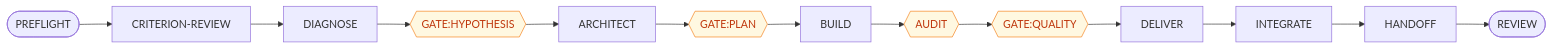
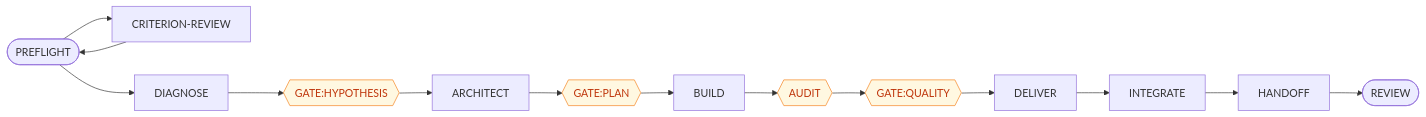
One commit to Munsik-Park/autoflow changed the diagram in README.md. Above: the diagram before and after it, drawn with Mermaid. The commit also changed other lines of this file and 4 other files, not shown here.

````diff
--- a/README.md
+++ b/README.md
@@ -51,18 +51,19 @@
 ```mermaid
 flowchart LR
     PRE([PREFLIGHT]) --> CRV[CRITERION-REVIEW]
-    CRV --> DIA[DIAGNOSE]
+    CRV --> PRE
+    PRE --> DIA[DIAGNOSE]
     DIA --> HYP{{GATE:HYPOTHESIS}}
     HYP --> ARC[ARCHITECT]
     ARC --> PLAN{{GATE:PLAN}}
     PLAN --> BLD[BUILD]
     BLD --> AUD{{AUDIT}}
     AUD --> QUAL{{GATE:QUALITY}}
     QUAL --> DEL[DELIVER]
     DEL --> INT[INTEGRATE]
     INT --> HAND[HANDOFF]
     HAND --> REV([REVIEW])
 
     classDef gate fill:#fff8e1,stroke:#f57f17,color:#bf360c
     class HYP,PLAN,AUD,QUAL gate
 ```
````
